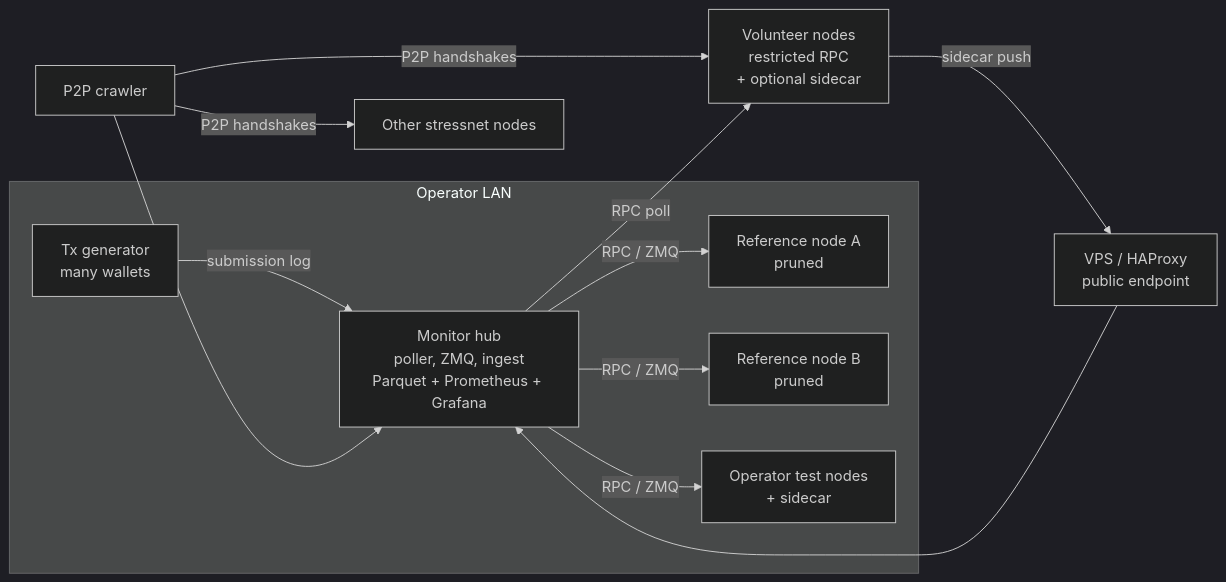
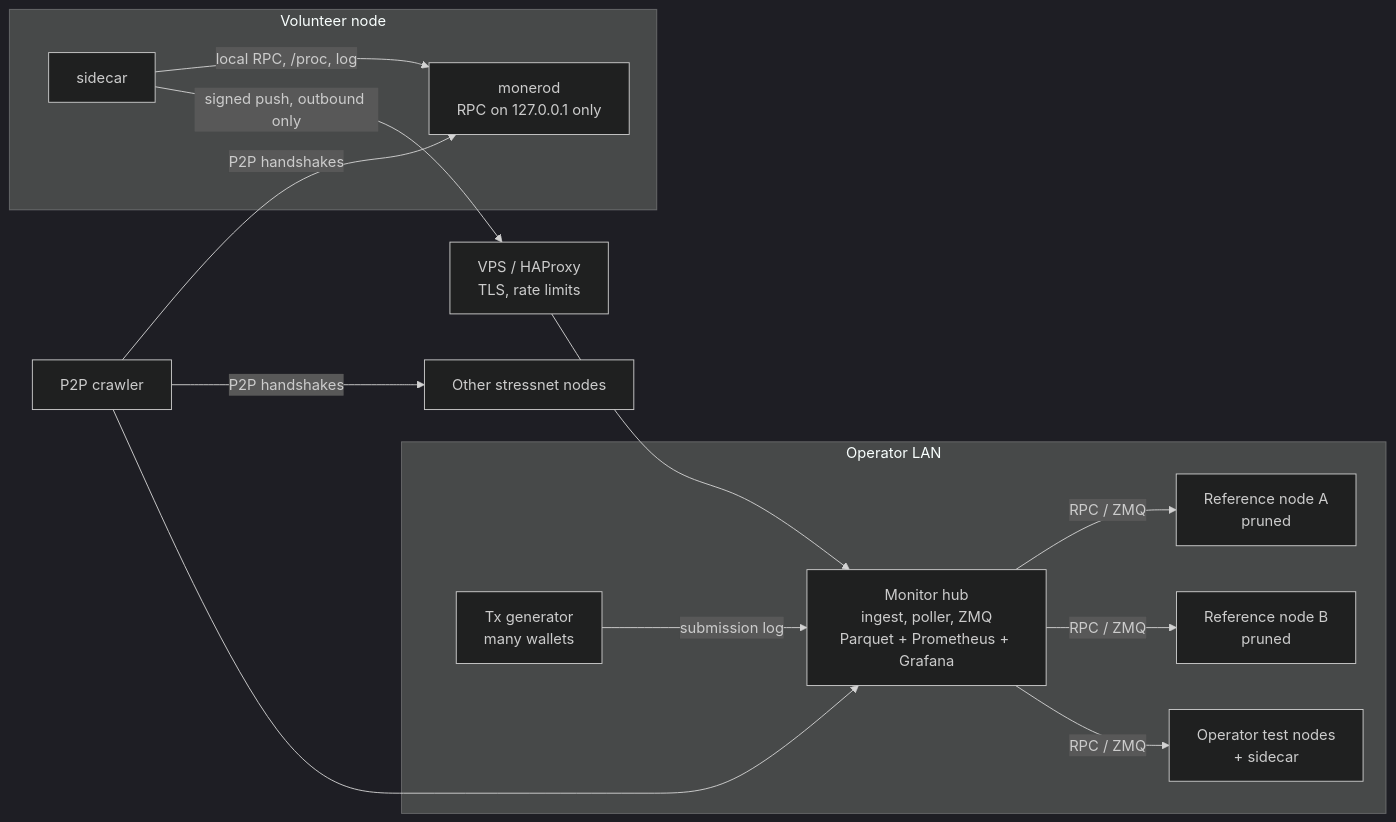
One commit to Fountain5405/stressnetmonitor changed the diagram in docs/design-overview.md. Above: the diagram before and after it, drawn with Mermaid (dark theme). The commit also changed other lines of this file, not shown here.

````diff
--- a/docs/design-overview.md
+++ b/docs/design-overview.md
@@ -29,21 +41,24 @@
 ```mermaid
 flowchart LR
   subgraph LAN[Operator LAN]
     GEN[Tx generator<br/>many wallets]
     REFA[Reference node A<br/>pruned]
     REFB[Reference node B<br/>pruned]
     OWN[Operator test nodes<br/>+ sidecar]
-    HUB[Monitor hub<br/>poller, ZMQ, ingest<br/>Parquet + Prometheus + Grafana]
+    HUB[Monitor hub<br/>ingest, poller, ZMQ<br/>Parquet + Prometheus + Grafana]
   end
-  VPS[VPS / HAProxy<br/>public endpoint]
-  VOL[Volunteer nodes<br/>restricted RPC<br/>+ optional sidecar]
+  VPS[VPS / HAProxy<br/>TLS, rate limits]
+  subgraph VOLN[Volunteer node]
+    VMON[monerod<br/>RPC on 127.0.0.1 only]
+    VSC[sidecar]
+    VSC -- local RPC, /proc, log --> VMON
+  end
   NET[Other stressnet nodes]
   CRAWL[P2P crawler]
 
   GEN -- submission log --> HUB
   HUB -- RPC / ZMQ --> REFA & REFB & OWN
-  HUB -- RPC poll --> VOL
-  VOL -- sidecar push --> VPS --> HUB
-  CRAWL -- P2P handshakes --> NET & VOL
+  VSC -- signed push, outbound only --> VPS --> HUB
+  CRAWL -- P2P handshakes --> NET & VMON
   CRAWL --> HUB
 ```
````
